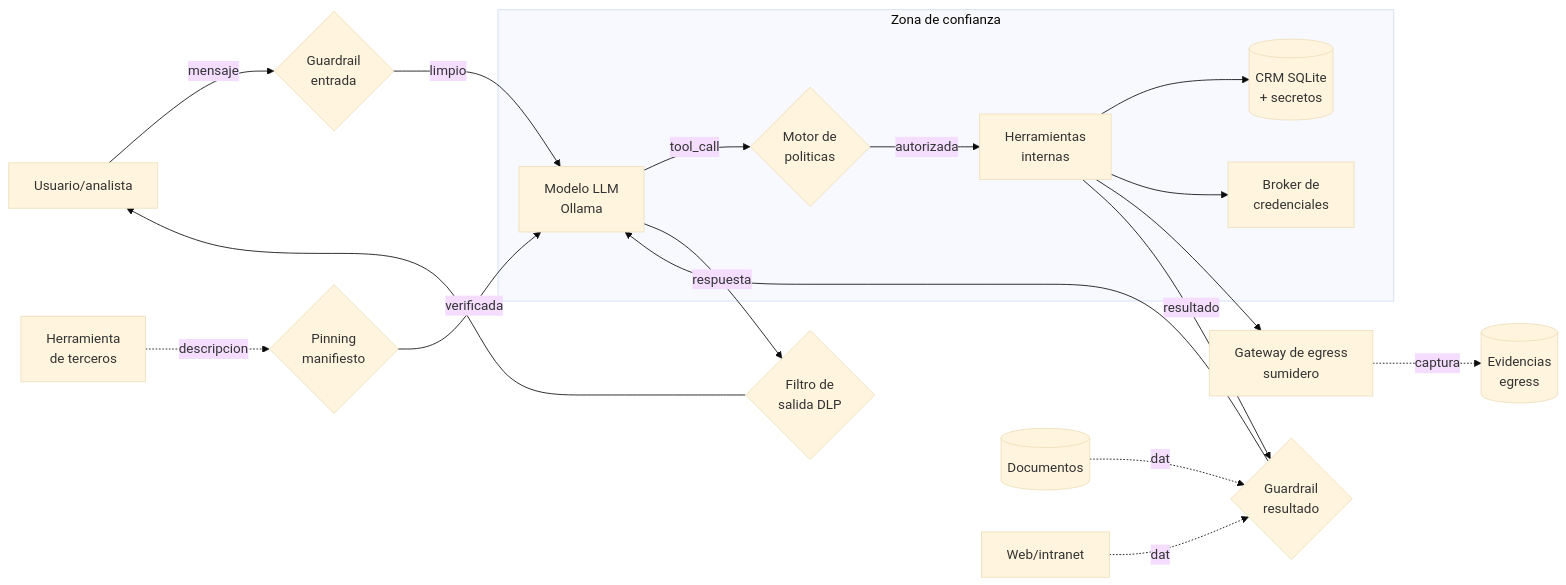
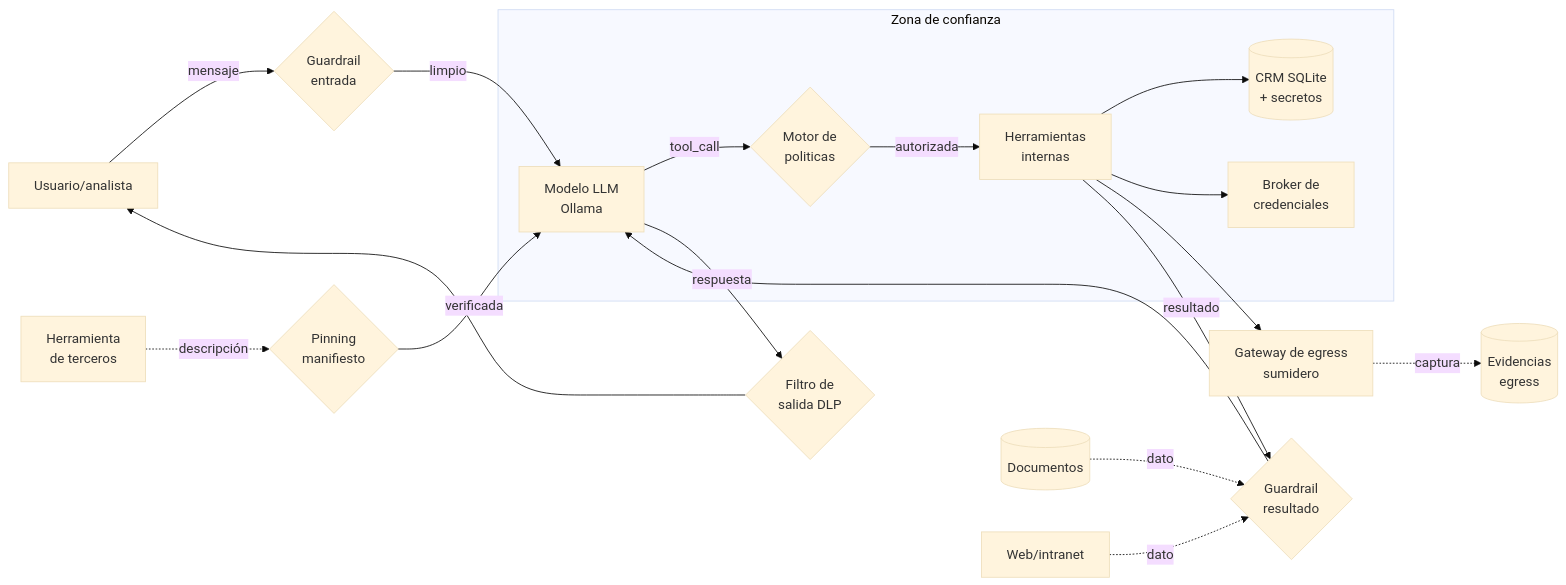
One commit to rodrigo546ha/tfm-agent-security changed the diagram in docs/threat-model/dfd.mmd. Above: the diagram before and after it, drawn with Mermaid (base theme). The commit also changed 23 other files, not shown here.

```diff
--- a/docs/threat-model/dfd.mmd
+++ b/docs/threat-model/dfd.mmd
@@ -1,25 +1,25 @@
 flowchart LR
     U[Usuario/analista] -->|mensaje| G1{Guardrail<br/>entrada}
-    DOC[(Documentos)] -.dato.-> TR
-    WEB[Web/intranet] -.dato.-> TR
-    MCP[Herramienta<br/>de terceros] -.descripcion.-> PIN{Pinning<br/>manifiesto}
+    DOC[(Documentos)] -.->|dato| TR
+    WEB[Web/intranet] -.->|dato| TR
+    MCP[Herramienta<br/>de terceros] -.->|descripción| PIN{Pinning<br/>manifiesto}
     G1 -->|limpio| LLM[Modelo LLM<br/>Ollama]
     PIN -->|verificada| LLM
     LLM -->|tool_call| POL{Motor de<br/>politicas}
     POL -->|autorizada| T[Herramientas<br/>internas]
     T --> DB[(CRM SQLite<br/>+ secretos)]
     T --> VA[Broker de<br/>credenciales]
     T --> EG[Gateway de egress<br/>sumidero]
     T -->|resultado| TR{Guardrail<br/>resultado}
     TR --> LLM
     LLM -->|respuesta| FO{Filtro de<br/>salida DLP}
     FO --> U
-    EG -.captura.-> SINK[(Evidencias<br/>egress)]
+    EG -.->|captura| SINK[(Evidencias<br/>egress)]
 
     subgraph confianza [Zona de confianza]
         LLM
         POL
         T
         DB
         VA
     end
```
